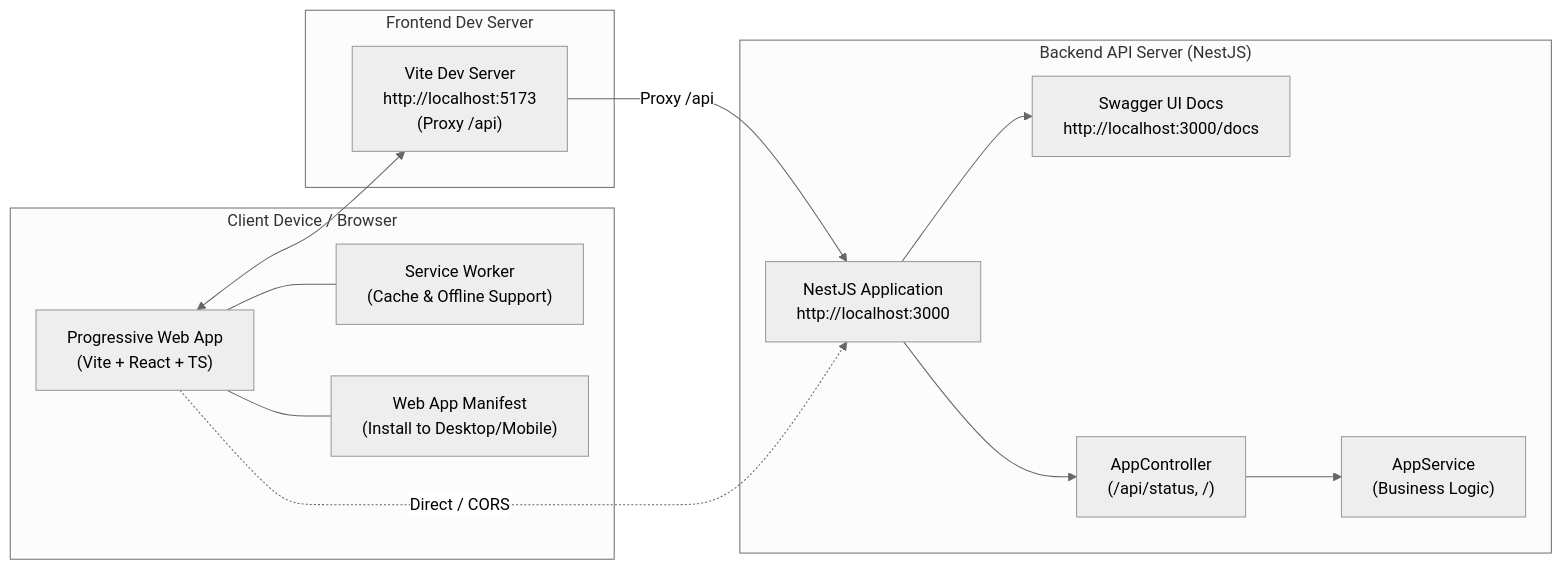
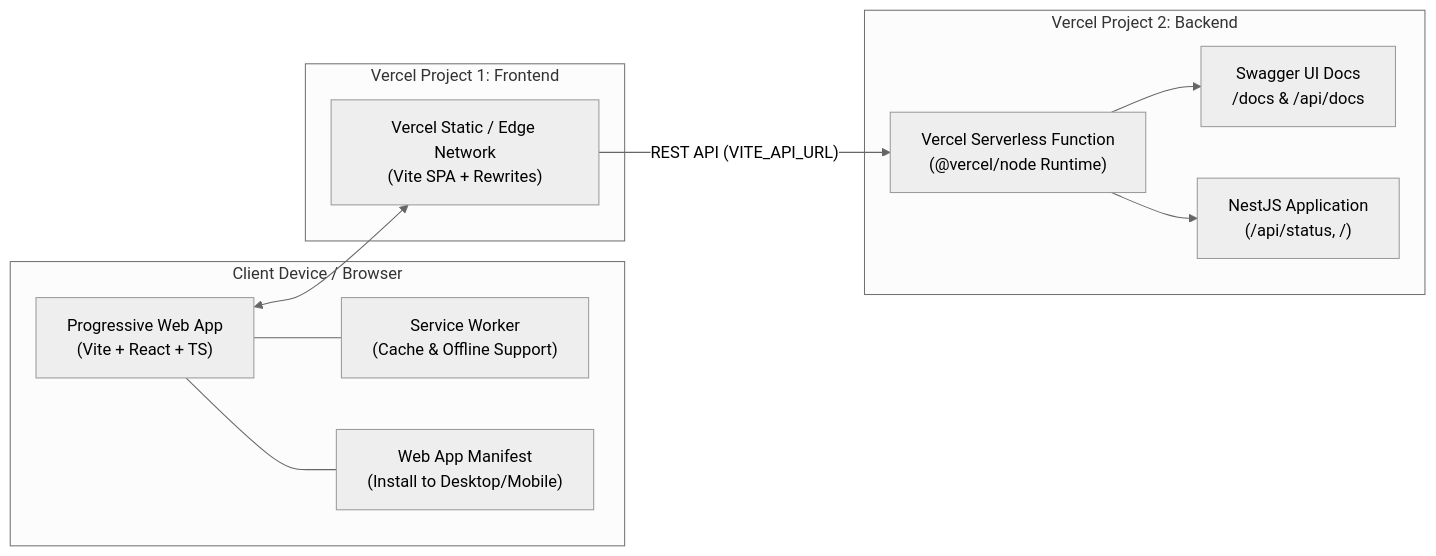
The diagram in README.md (Couraa0/GEN_APHYAH), drawn with Mermaid (neutral theme) before and after one commit. The commit also changed other lines of this file and 10 other files, not shown here.

Commit message:
feat: configure separate vercel deployments for frontend and backend

````diff
--- a/README.md
+++ b/README.md
@@ -11,27 +11,25 @@
 ```mermaid
 flowchart LR
     subgraph Client ["Client Device / Browser"]
         PWA["Progressive Web App\n(Vite + React + TS)"]
         SW["Service Worker\n(Cache & Offline Support)"]
         Manifest["Web App Manifest\n(Install to Desktop/Mobile)"]
         PWA --- SW
         PWA --- Manifest
     end
 
-    subgraph FrontendServer ["Frontend Dev Server"]
-        ViteDev["Vite Dev Server\nhttp://localhost:5173\n(Proxy /api)"]
+    subgraph VercelFrontend ["Vercel Project 1: Frontend"]
+        VercelFE["Vercel Static / Edge Network\n(Vite SPA + Rewrites)"]
     end
 
-    subgraph BackendServer ["Backend API Server (NestJS)"]
-        NestApp["NestJS Application\nhttp://localhost:3000"]
-        Swagger["Swagger UI Docs\nhttp://localhost:3000/docs"]
-        Controller["AppController\n(/api/status, /)"]
-        Service["AppService\n(Business Logic)"]
-        NestApp --> Swagger
-        NestApp --> Controller --> Service
+    subgraph VercelBackend ["Vercel Project 2: Backend"]
+        VercelBE["Vercel Serverless Function\n(@vercel/node Runtime)"]
+        Swagger["Swagger UI Docs\n/docs & /api/docs"]
+        NestApp["NestJS Application\n(/api/status, /)"]
+        VercelBE --> NestApp
+        VercelBE --> Swagger
     end
 
-    PWA <--> ViteDev
-    ViteDev -- "Proxy /api" --> NestApp
-    PWA -. "Direct / CORS" .-> NestApp
+    PWA <--> VercelFE
+    VercelFE -- "REST API (VITE_API_URL)" --> VercelBE
 ```
````
